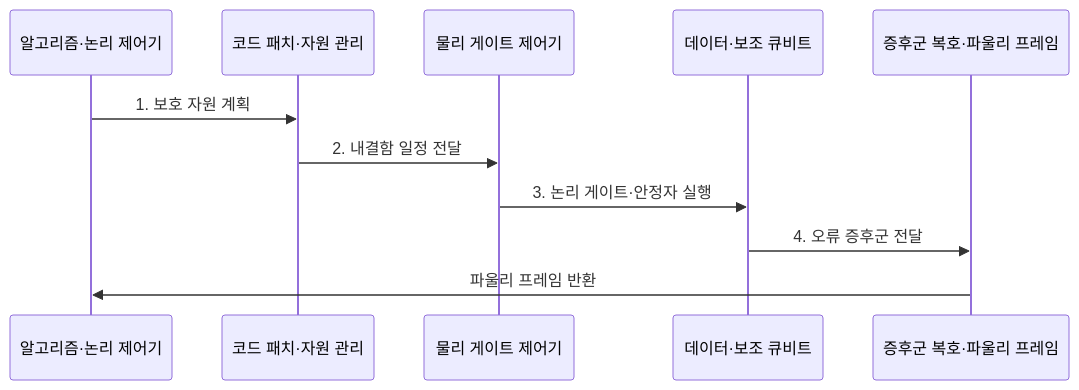
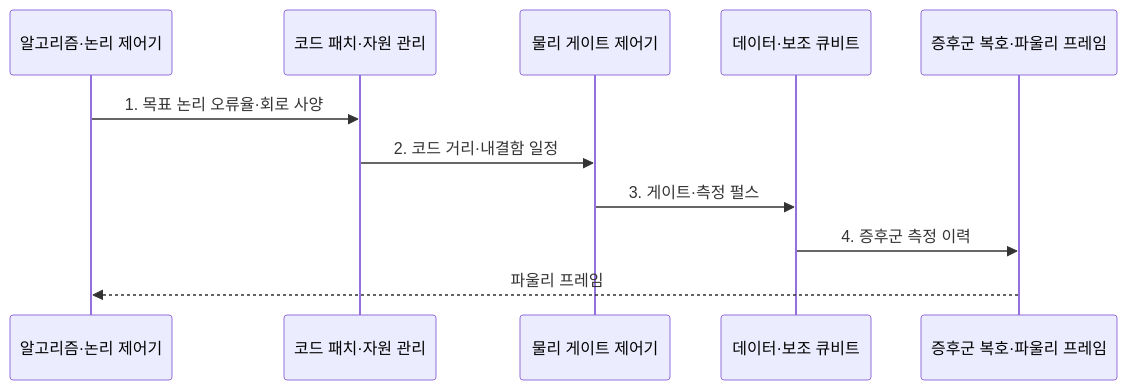
One commit to agnusdei1207/knowledge-base changed the second of 2 diagrams in src/content/docs/notes/02-hardware/075_logical_vs_physical_qubit.md. Above: the diagram before and after it, drawn with Mermaid. The commit also changed other lines of this file and 20 other files, not shown here.

````diff
--- a/src/content/docs/notes/02-hardware/075_logical_vs_physical_qubit.md
+++ b/src/content/docs/notes/02-hardware/075_logical_vs_physical_qubit.md
@@ -86,14 +93,14 @@
 ```mermaid
 sequenceDiagram
     participant A as 알고리즘·논리 제어기
     participant P as 코드 패치·자원 관리
     participant C as 물리 게이트 제어기
     participant Q as 데이터·보조 큐비트
     participant R as 증후군 복호·파울리 프레임
 
-    A->>P: 1. 보호 자원 계획
-    P->>C: 2. 내결함 일정 전달
-    C->>Q: 3. 논리 게이트·안정자 실행
-    Q->>R: 4. 오류 증후군 전달
-    R->>A: 파울리 프레임 반환
+    A->>P: 1. 목표 논리 오류율·회로 사양
+    P->>C: 2. 코드 거리·내결함 일정
+    C->>Q: 3. 게이트·측정 펄스
+    Q->>R: 4. 증후군 측정 이력
+    R-->>A: 파울리 프레임
 ```
````
